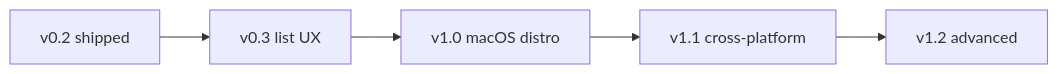
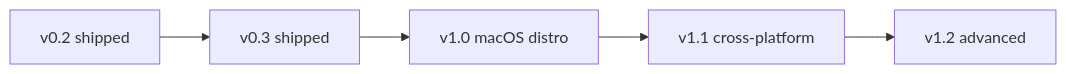
One commit to dineshkn-dev/torrex-desktop changed the diagram in docs/planning/FUTURE.md. Above: the diagram before and after it, drawn with Mermaid. The commit also changed other lines of this file and 8 other files, not shown here.

````diff
--- a/docs/planning/FUTURE.md
+++ b/docs/planning/FUTURE.md
@@ -115,9 +116,9 @@
 ```mermaid
 flowchart LR
   v02[v0.2 shipped]
-  v03[v0.3 list UX]
+  v03[v0.3 shipped]
   v10[v1.0 macOS distro]
   v11[v1.1 cross-platform]
   v12[v1.2 advanced]
   v02 --> v03 --> v10 --> v11 --> v12
 ```
````
